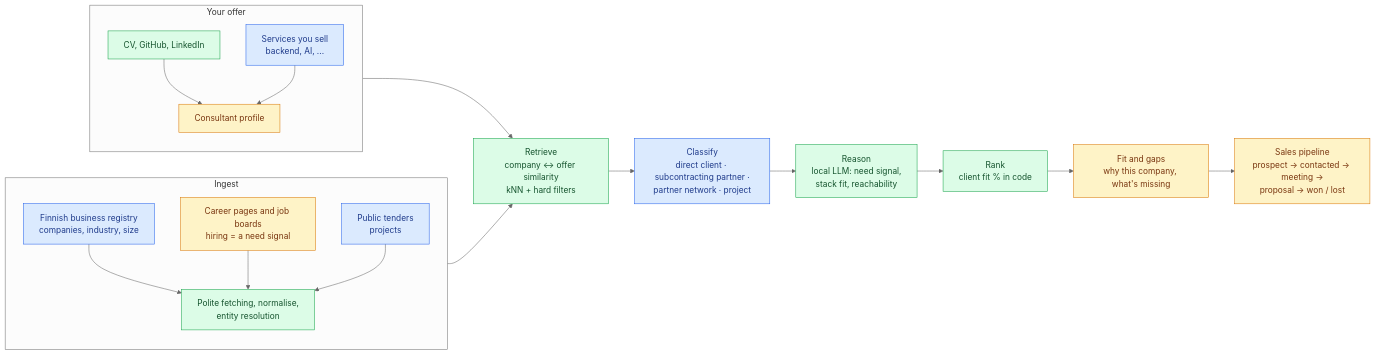
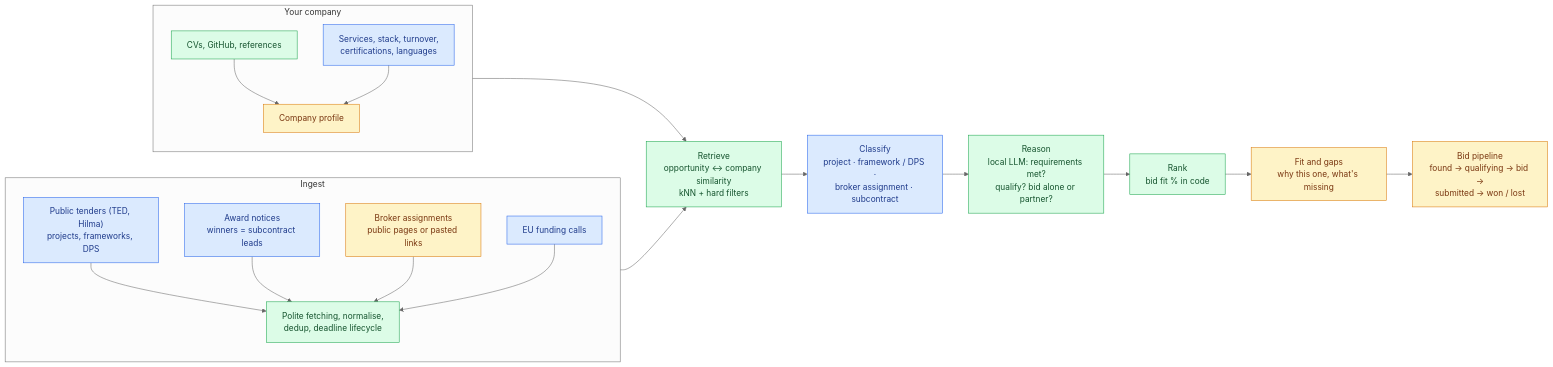
Before and after one commit to Pneha1234/job-matcher: the second of 2 diagrams in docs/ARCHITECTURE.md, drawn with Mermaid (neutral theme). The commit also changed other lines of this file and 2 other files, not shown here.

First line of the commit message:
docs(client-matcher): refocus on opportunities a company applies for

````diff
--- a/docs/ARCHITECTURE.md
+++ b/docs/ARCHITECTURE.md
@@ -116,40 +118,42 @@
 ```mermaid
 flowchart LR
     subgraph IN["Ingest"]
         direction TB
-        F1["Finnish business registry<br/>companies, industry, size"]
-        F2["Career pages and job boards<br/>hiring = a need signal"]
-        F3["Public tenders<br/>projects"]
-        N["Polite fetching, normalise,<br/>entity resolution"]
+        F1["Public tenders (TED, Hilma)<br/>projects, frameworks, DPS"]
+        F2["Award notices<br/>winners = subcontract leads"]
+        F3["Broker assignments<br/>public pages or pasted links"]
+        F4["EU funding calls"]
+        N["Polite fetching, normalise,<br/>dedup, deadline lifecycle"]
         F1 --> N
         F2 --> N
         F3 --> N
+        F4 --> N
     end
 
-    subgraph P["Your offer"]
+    subgraph P["Your company"]
         direction TB
-        CV["CV, GitHub, LinkedIn"]
-        SV["Services you sell<br/>backend, AI, ..."]
-        PX["Consultant profile"]
+        CV["CVs, GitHub, references"]
+        SV["Services, stack, turnover,<br/>certifications, languages"]
+        PX["Company profile"]
         CV --> PX
         SV --> PX
     end
 
-    R["Retrieve<br/>company ↔ offer similarity<br/>kNN + hard filters"]
-    C["Classify<br/>direct client · subcontracting partner ·<br/>partner network · project"]
-    RE["Reason<br/>local LLM: need signal,<br/>stack fit, reachability"]
-    RK["Rank<br/>client fit % in code"]
-    UI["Fit and gaps<br/>why this company, what's missing"]
-    T["Sales pipeline<br/>prospect → contacted → meeting →<br/>proposal → won / lost"]
+    R["Retrieve<br/>opportunity ↔ company similarity<br/>kNN + hard filters"]
+    C["Classify<br/>project · framework / DPS ·<br/>broker assignment · subcontract"]
+    RE["Reason<br/>local LLM: requirements met?<br/>qualify? bid alone or partner?"]
+    RK["Rank<br/>bid fit % in code"]
+    UI["Fit and gaps<br/>why this one, what's missing"]
+    T["Bid pipeline<br/>found → qualifying → bid →<br/>submitted → won / lost"]
 
     N --> R
     PX --> R
     R --> C --> RE --> RK --> UI --> T
 
     classDef reused fill:#dcfce7,stroke:#16a34a,color:#14532d
     classDef extended fill:#fef3c7,stroke:#d97706,color:#78350f
     classDef new fill:#dbeafe,stroke:#2563eb,color:#1e3a8a
     class N,CV,R,RE,RK reused
-    class F2,PX,UI,T extended
-    class F1,F3,SV,C new
+    class F3,PX,UI,T extended
+    class F1,F2,F4,SV,C new
 ```
````
